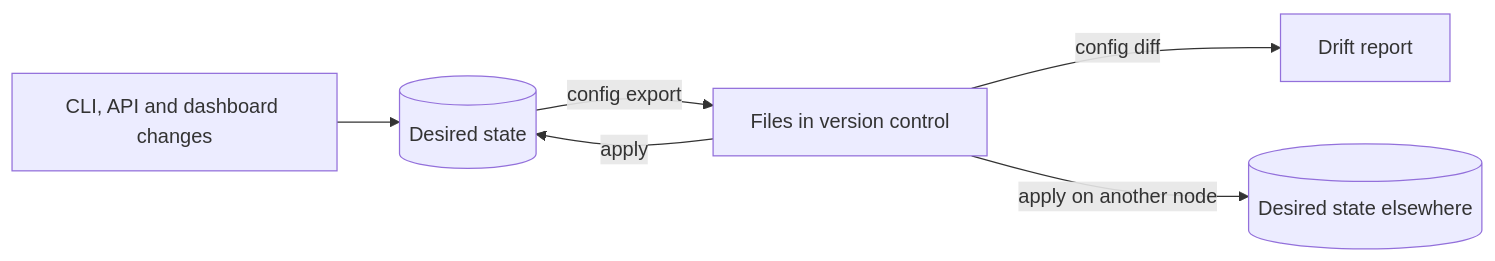
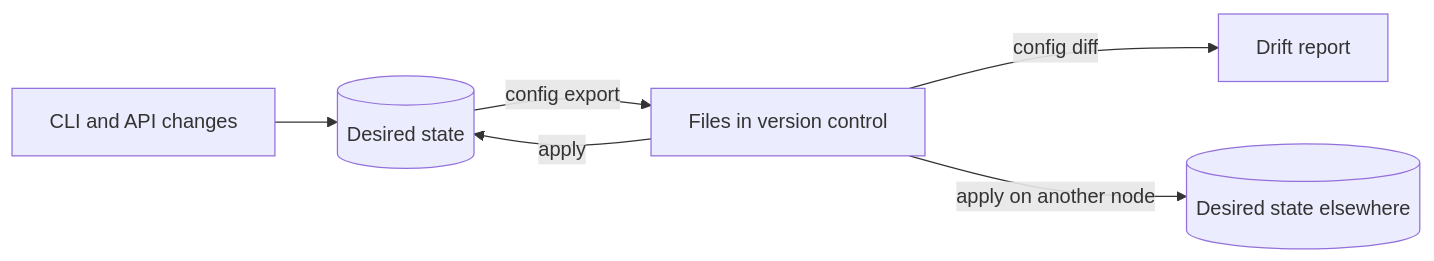
One commit to muruhq/muru changed the second of 2 diagrams in docs/project/design/10-control-plane.md. Above: the diagram before and after it, drawn with Mermaid. The commit also changed other lines of this file and 25 other files, not shown here.

````diff
--- a/docs/project/design/10-control-plane.md
+++ b/docs/project/design/10-control-plane.md
@@ -50,8 +50,8 @@
 ```mermaid
 flowchart LR
-  CHG[CLI, API and dashboard changes] --> DS[(Desired state)]
+  CHG[CLI and API changes] --> DS[(Desired state)]
   DS -->|config export| F[Files in version control]
   F -->|config diff| DR[Drift report]
   F -->|apply| DS
   F -->|apply on another node| DS2[(Desired state elsewhere)]
 ```
````
